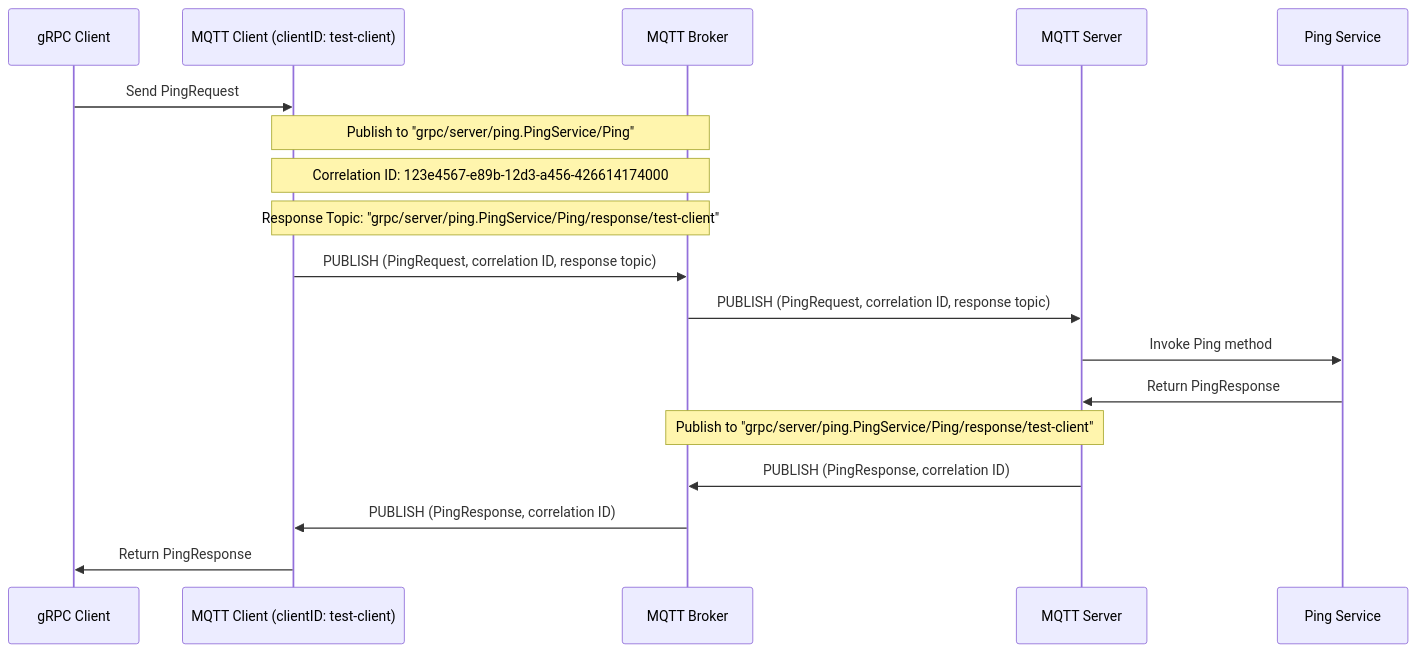
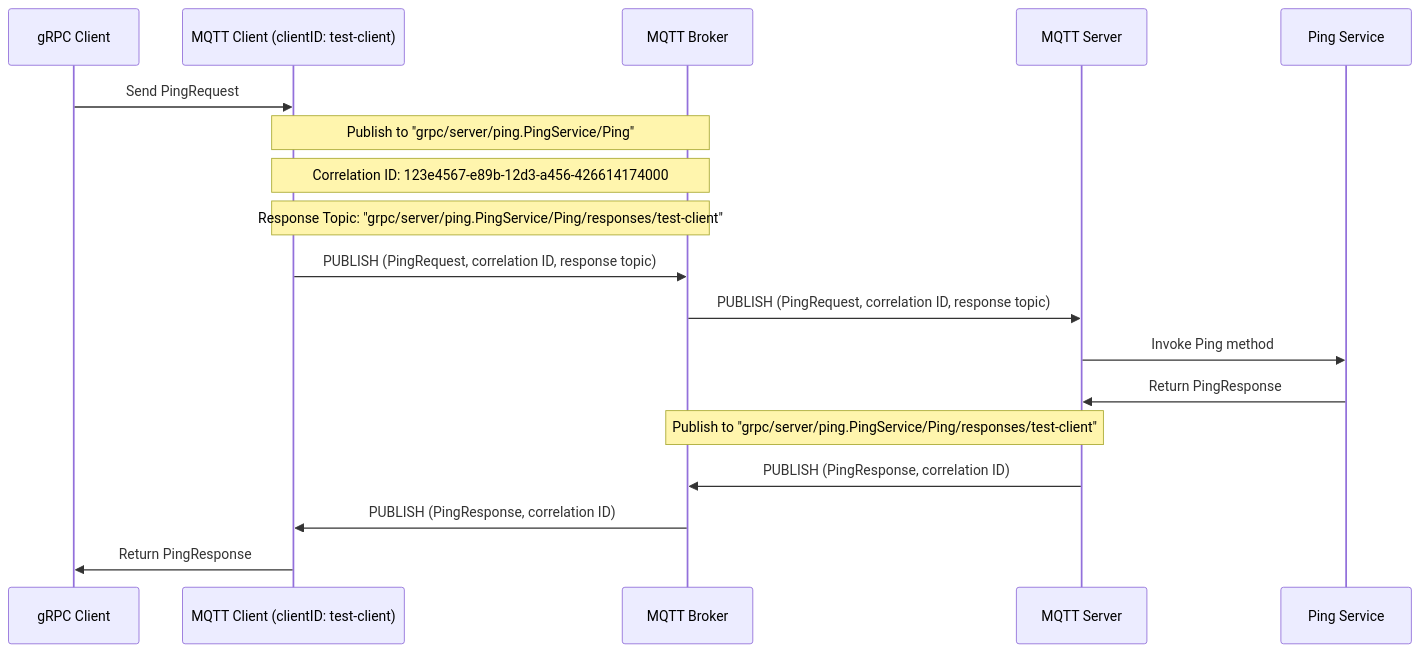
Before and after one commit to sbaier1/mqtt-grpc: the diagram in README.md, drawn with Mermaid. The commit also changed other lines of this file, not shown here.

Commit message:
fix: add open points, typo in response topic

````diff
--- a/README.md
+++ b/README.md
@@ -13,23 +26,23 @@
 ```mermaid
 sequenceDiagram
     participant Client as gRPC Client
     participant MqttClient as MQTT Client (clientID: test-client)
     participant MqttBroker as MQTT Broker
     participant MqttServer as MQTT Server
     participant PingService as Ping Service
 
 
     Client->>MqttClient: Send PingRequest
     note over MqttClient, MqttBroker: Publish to "grpc/server/ping.PingService/Ping"
     note over MqttClient, MqttBroker: Correlation ID: 123e4567-e89b-12d3-a456-426614174000
-    note over MqttClient, MqttBroker: Response Topic: "grpc/server/ping.PingService/Ping/response/test-client"
-    MqttClient->>MqttBroker: PUBLISH (PingRequest, correlation ID, response topic)
+    note over MqttClient, MqttBroker: Response Topic: "grpc/server/ping.PingService/Ping/responses/test-client"
+    MqttClient ->> MqttBroker: PUBLISH (PingRequest, correlation ID, response topic)
     MqttBroker->>MqttServer: PUBLISH (PingRequest, correlation ID, response topic)
     MqttServer->>PingService: Invoke Ping method
-    PingService->>MqttServer: Return PingResponse
-    note over MqttServer, MqttBroker: Publish to "grpc/server/ping.PingService/Ping/response/test-client"
-    MqttServer->>MqttBroker: PUBLISH (PingResponse, correlation ID)
+    PingService ->> MqttServer: Return PingResponse
+    note over MqttServer, MqttBroker: Publish to "grpc/server/ping.PingService/Ping/responses/test-client"
+    MqttServer ->> MqttBroker: PUBLISH (PingResponse, correlation ID)
     MqttBroker->>MqttClient: PUBLISH (PingResponse, correlation ID)
     MqttClient->>Client: Return PingResponse
 
 ```
````
